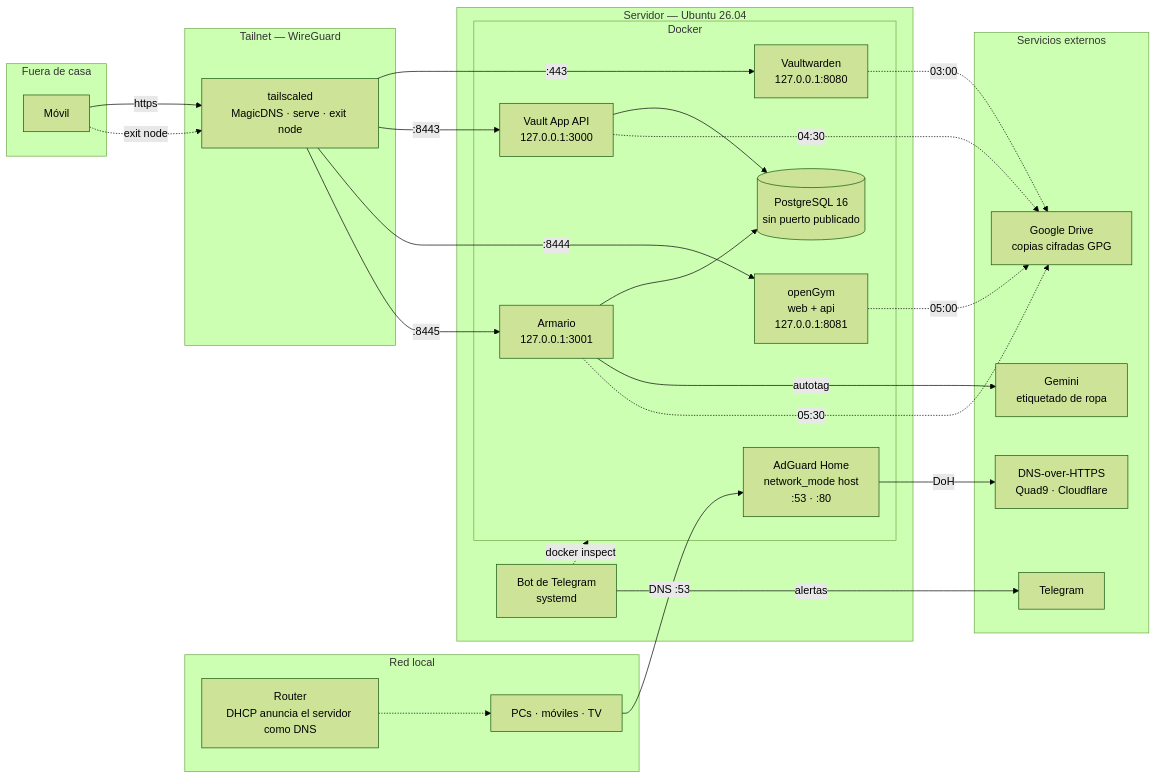
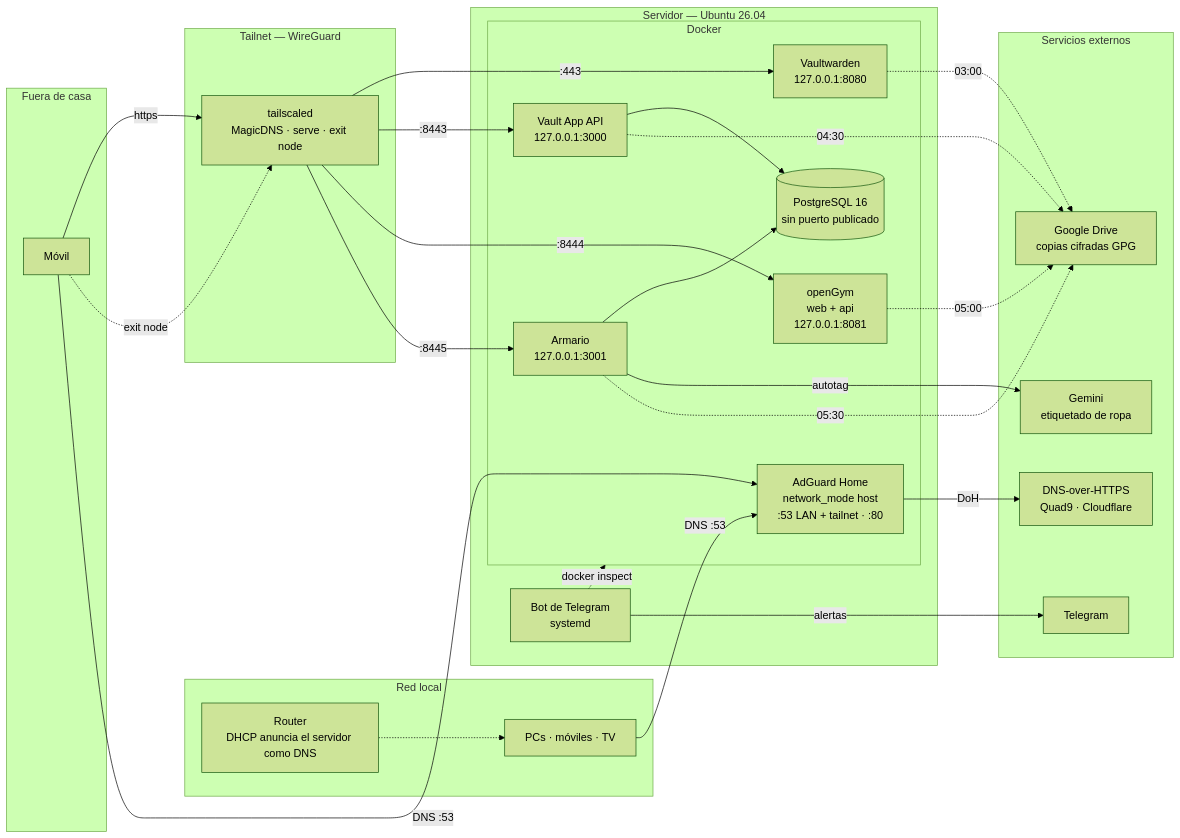
Before and after one commit to SaguadoDev/homelab: the diagram in README.md, drawn with Mermaid (forest theme). The commit also changed other lines of this file and 5 other files, not shown here.

First line of the commit message:
AdGuard como DNS del tailnet: bind en la IP de Tailscale y docker tras tailscaled

````diff
--- a/README.md
+++ b/README.md
@@ -38,53 +38,54 @@
 ```mermaid
 flowchart LR
     subgraph fuera ["Fuera de casa"]
         movil["Móvil"]
     end
 
     subgraph lan ["Red local"]
         router["Router<br/>DHCP anuncia el servidor como DNS"]
         disp["PCs · móviles · TV"]
     end
 
     subgraph tailnet ["Tailnet — WireGuard"]
         tsd["tailscaled<br/>MagicDNS · serve · exit node"]
     end
 
     subgraph host ["Servidor — Ubuntu 26.04"]
         bot["Bot de Telegram<br/>systemd"]
         subgraph docker ["Docker"]
-            adg["AdGuard Home<br/>network_mode host<br/>:53 · :80"]
+            adg["AdGuard Home<br/>network_mode host<br/>:53 LAN + tailnet · :80"]
             vw["Vaultwarden<br/>127.0.0.1:8080"]
             api["Vault App API<br/>127.0.0.1:3000"]
             pg[("PostgreSQL 16<br/>sin puerto publicado")]
             og["openGym<br/>web + api<br/>127.0.0.1:8081"]
             arm["Armario<br/>127.0.0.1:3001"]
         end
     end
 
     subgraph ext ["Servicios externos"]
         gem["Gemini<br/>etiquetado de ropa"]
         doh["DNS-over-HTTPS<br/>Quad9 · Cloudflare"]
         drive["Google Drive<br/>copias cifradas GPG"]
         tg["Telegram"]
     end
 
     movil -->|"https"| tsd
     movil -.->|"exit node"| tsd
     router -.-> disp
     disp -->|"DNS :53"| adg
+    movil -->|"DNS :53"| adg
     tsd -->|":443"| vw
     tsd -->|":8443"| api
     tsd -->|":8444"| og
     tsd -->|":8445"| arm
     api --> pg
     arm --> pg
     adg -->|"DoH"| doh
     arm -->|"autotag"| gem
     bot -.->|"docker inspect"| docker
     bot -->|"alertas"| tg
     vw -.->|"03:00"| drive
     api -.->|"04:30"| drive
     og -.->|"05:00"| drive
     arm -.->|"05:30"| drive
 ```
````
